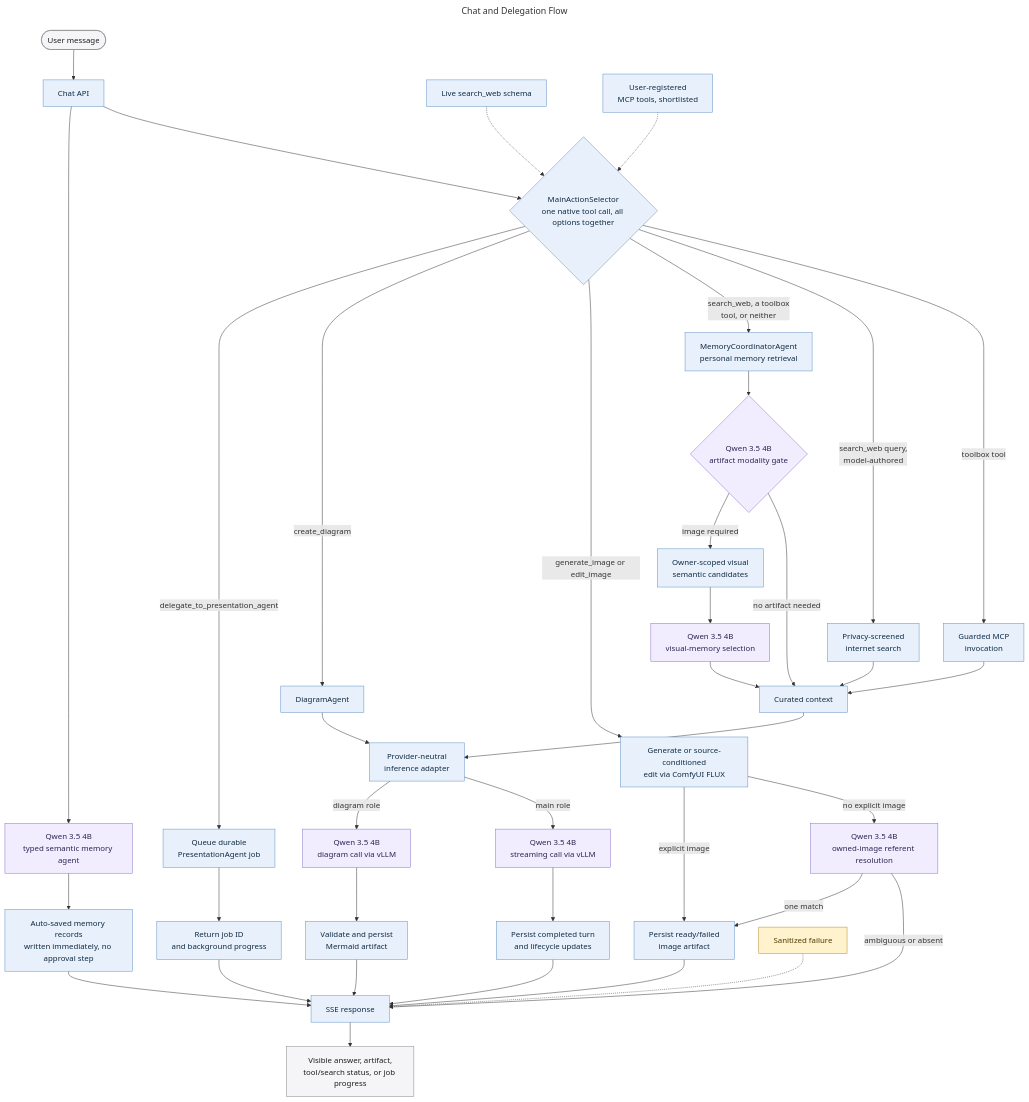
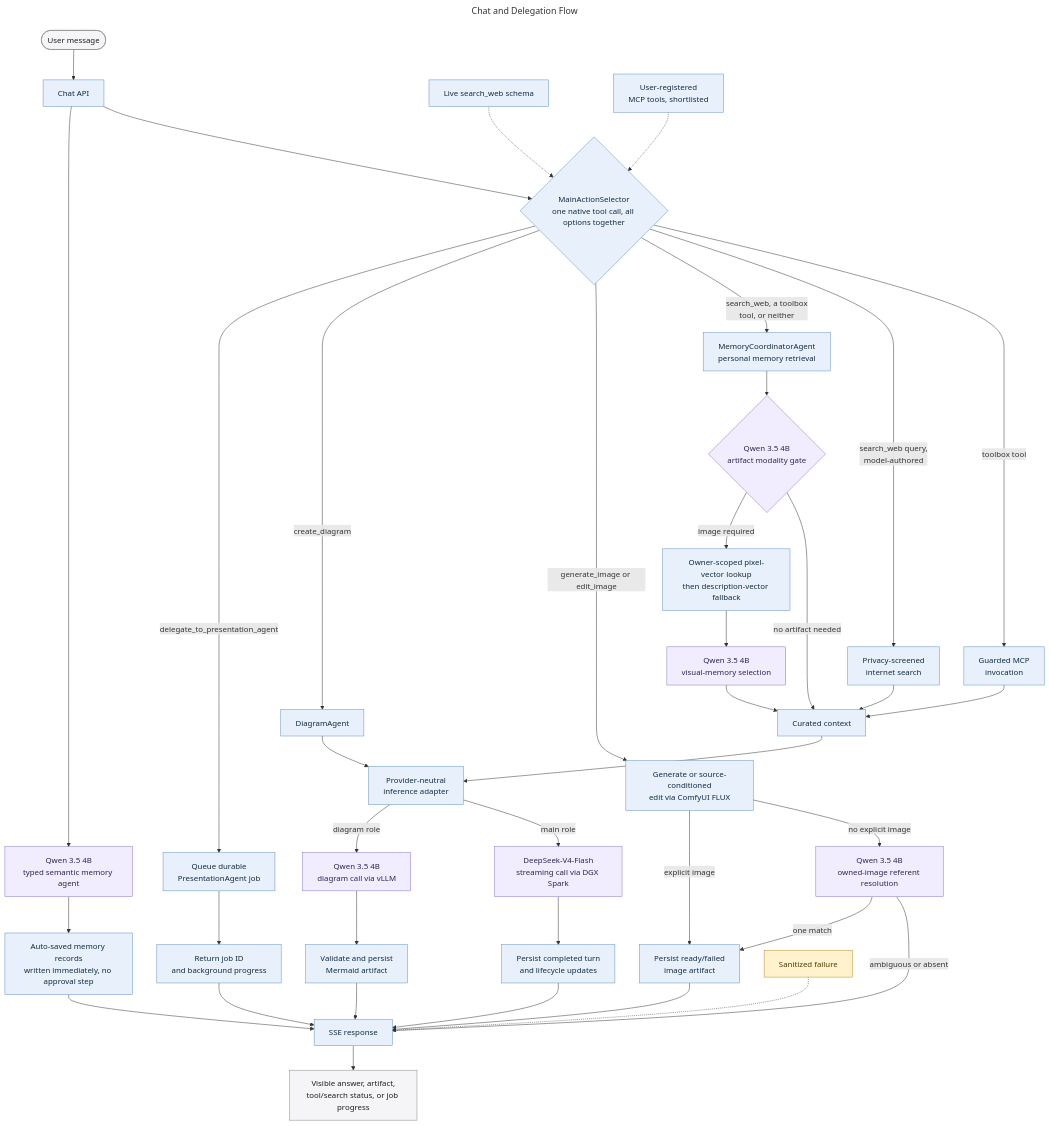
Before and after one commit to MallyaAni/PersonalAssistant: the diagram in docs/diagrams/chat-orchestration.mmd, drawn with Mermaid. The commit also changed 47 other files, not shown here.

```diff
--- a/docs/diagrams/chat-orchestration.mmd
+++ b/docs/diagrams/chat-orchestration.mmd
@@ -1,57 +1,57 @@
 ---
 title: Chat and Delegation Flow
 ---
 flowchart TB
     User([User message]) --> API[Chat API]
     API --> Interest[Qwen 3.5 4B<br/>typed semantic memory agent]
     Interest --> Proposal[Auto-saved memory records<br/>written immediately, no approval step]
     API --> Selector{MainActionSelector<br/>one native tool call, all options together}
     Search_Tool[Live search_web schema] -.-> Selector
     Toolbox[User-registered<br/>MCP tools, shortlisted] -.-> Selector
 
     Selector -->|delegate_to_presentation_agent| Presentation[Queue durable<br/>PresentationAgent job]
     Presentation --> Progress[Return job ID<br/>and background progress]
 
     Selector -->|create_diagram| Diagram[DiagramAgent]
     Diagram --> Inference[Provider-neutral<br/>inference adapter]
     Inference -->|diagram role| DiagramModel[Qwen 3.5 4B<br/>diagram call via vLLM]
     DiagramModel --> Artifact[Validate and persist<br/>Mermaid artifact]
 
     Selector -->|generate_image or edit_image| ImageAction[Generate or source-conditioned<br/>edit via ComfyUI FLUX]
     ImageAction -->|explicit image| ImageArtifact[Persist ready/failed<br/>image artifact]
     ImageAction -->|no explicit image| Referent[Qwen 3.5 4B<br/>owned-image referent resolution]
     Referent -->|one match| ImageArtifact
     Referent -->|ambiguous or absent| Stream
 
     Selector -->|search_web, a toolbox<br/>tool, or neither| Memory[MemoryCoordinatorAgent<br/>personal memory retrieval]
     Memory --> ArtifactGate{Qwen 3.5 4B<br/>artifact modality gate}
-    ArtifactGate -->|image required| Visual[Owner-scoped visual<br/>semantic candidates]
+    ArtifactGate -->|image required| Visual[Owner-scoped pixel-vector lookup<br/>then description-vector fallback]
     ArtifactGate -->|no artifact needed| Context[Curated context]
     Visual --> VisualPolicy[Qwen 3.5 4B<br/>visual-memory selection]
     VisualPolicy --> Context
     Selector -->|search_web query,<br/>model-authored| Search[Privacy-screened<br/>internet search]
     Selector -->|toolbox tool| MCP[Guarded MCP<br/>invocation]
     MCP --> Context
     Search --> Context
 
     Context --> Inference
-    Inference -->|main role| Main[Qwen 3.5 4B<br/>streaming call via vLLM]
+    Inference -->|main role| Main[DeepSeek-V4-Flash<br/>streaming call via DGX Spark]
     Main --> Persist[Persist completed turn<br/>and lifecycle updates]
     Persist --> Stream[SSE response]
     Proposal --> Stream
 
     Artifact --> Stream
     ImageArtifact --> Stream
     Progress --> Stream
     Stream --> UI[Visible answer, artifact,<br/>tool/search status, or job progress]
 
     Failure[Sanitized failure] -.-> Stream
 
     classDef interface fill:#f5f5f7,stroke:#86868b,color:#1d1d1f;
     classDef application fill:#e8f1fb,stroke:#5e8fc4,color:#102a43;
     classDef model fill:#f1edff,stroke:#8872c6,color:#2e2450;
     classDef failure fill:#fff3cd,stroke:#b78b20,color:#4d3900;
     class User,UI interface;
     class API,Selector,Search_Tool,Toolbox,Presentation,Progress,Diagram,Artifact,ImageAction,ImageArtifact,Memory,Visual,MCP,Search,Context,Inference,Persist,Stream,Proposal application;
     class Main,DiagramModel,Interest,ArtifactGate,VisualPolicy,Referent model;
     class Failure failure;
```
